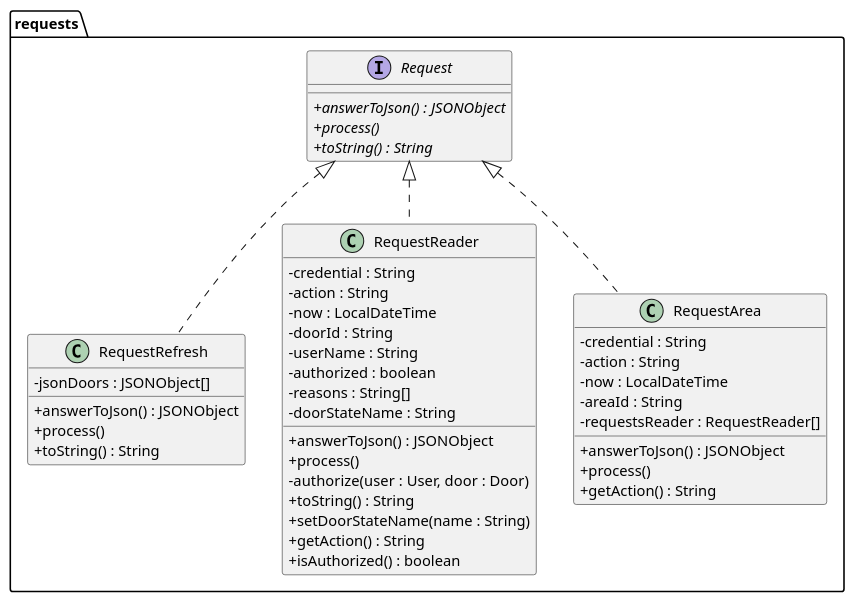
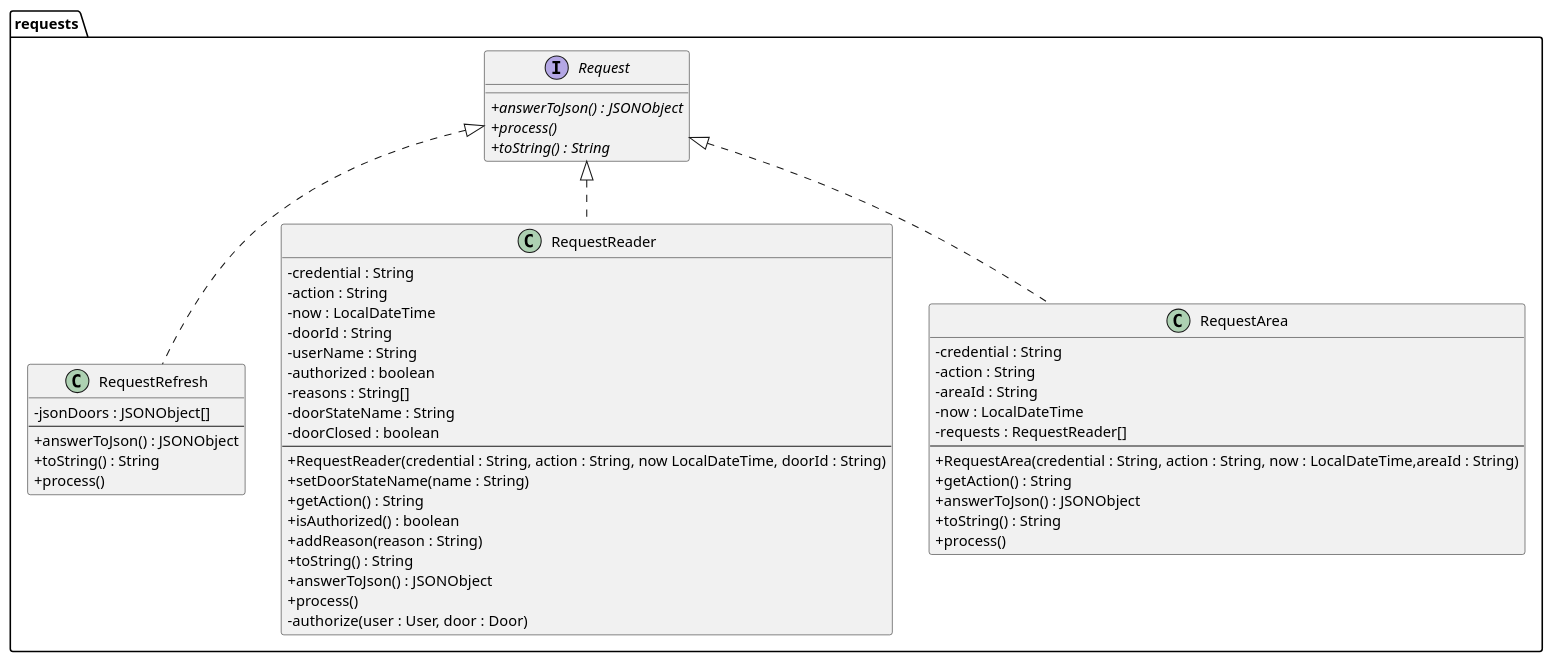
Before and after one commit to conststh/DSW_ACS: the diagram in out/production/DS_PRAC/baseNoStates/uml/package_requests.puml, drawn with PlantUML. The commit also changed 29 other files, not shown here.

```diff
--- a/out/production/DS_PRAC/baseNoStates/uml/package_requests.puml
+++ b/out/production/DS_PRAC/baseNoStates/uml/package_requests.puml
@@ -1,50 +1,57 @@
 @startuml
-'https://plantuml.com/class-diagram
 skinparam classAttributeIconSize 0
 
 package requests {
     interface Request {
     + {abstract} answerToJson() : JSONObject
     + {abstract} process()
     + {abstract} toString() : String
     }
 
     class RequestRefresh implements Request {
     - jsonDoors : JSONObject[]
+    ---
     + answerToJson() : JSONObject
+    + toString() : String
     + process()
-    + toString() : String
     }
 
     class RequestReader implements Request {
     - credential : String
     - action : String
     - now : LocalDateTime
     - doorId : String
     - userName : String
     - authorized : boolean
     - reasons : String[]
     - doorStateName : String
+    - doorClosed : boolean
+    ---
+    + RequestReader(credential : String, action : String, now LocalDateTime, doorId : String)
+    + setDoorStateName(name : String)
+    + getAction() : String
+    + isAuthorized() : boolean
+    + addReason(reason : String)
+    + toString() : String
     + answerToJson() : JSONObject
     + process()
     - authorize(user : User, door : Door)
-    + toString() : String
-    + setDoorStateName(name : String)
-    + getAction() : String
-    + isAuthorized() : boolean
     }
 
     class RequestArea implements Request {
     - credential : String
     - action : String
+    - areaId : String
     - now : LocalDateTime
-    - areaId : String
-    - requestsReader : RequestReader[]
+    -requests : RequestReader[]
+    ---
+    + RequestArea(credential : String, action : String, now : LocalDateTime,areaId : String)
+    + getAction() : String
     + answerToJson() : JSONObject
+    + toString() : String
     + process()
-    + getAction() : String
     }
 }
 
 
 @enduml
```
